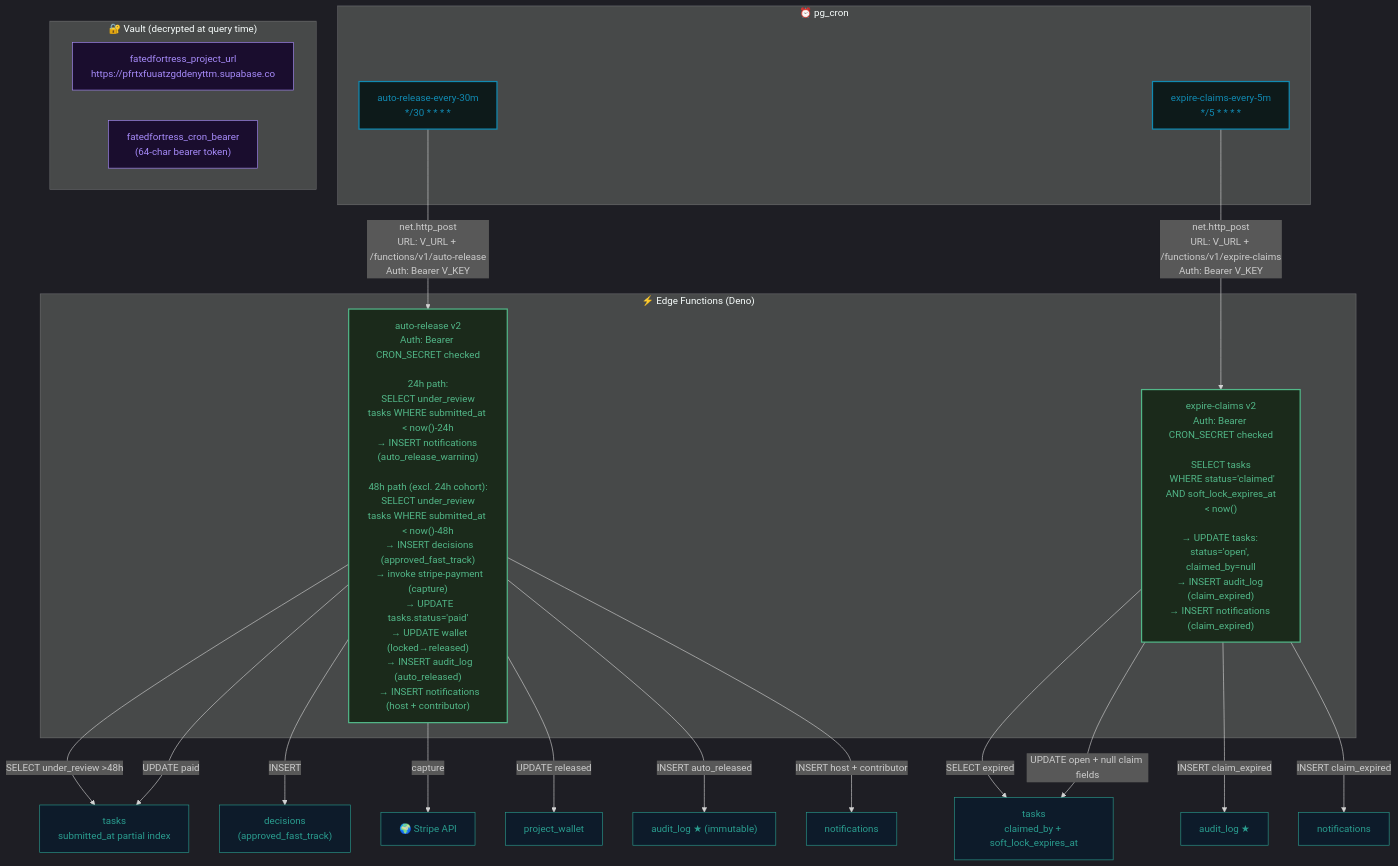
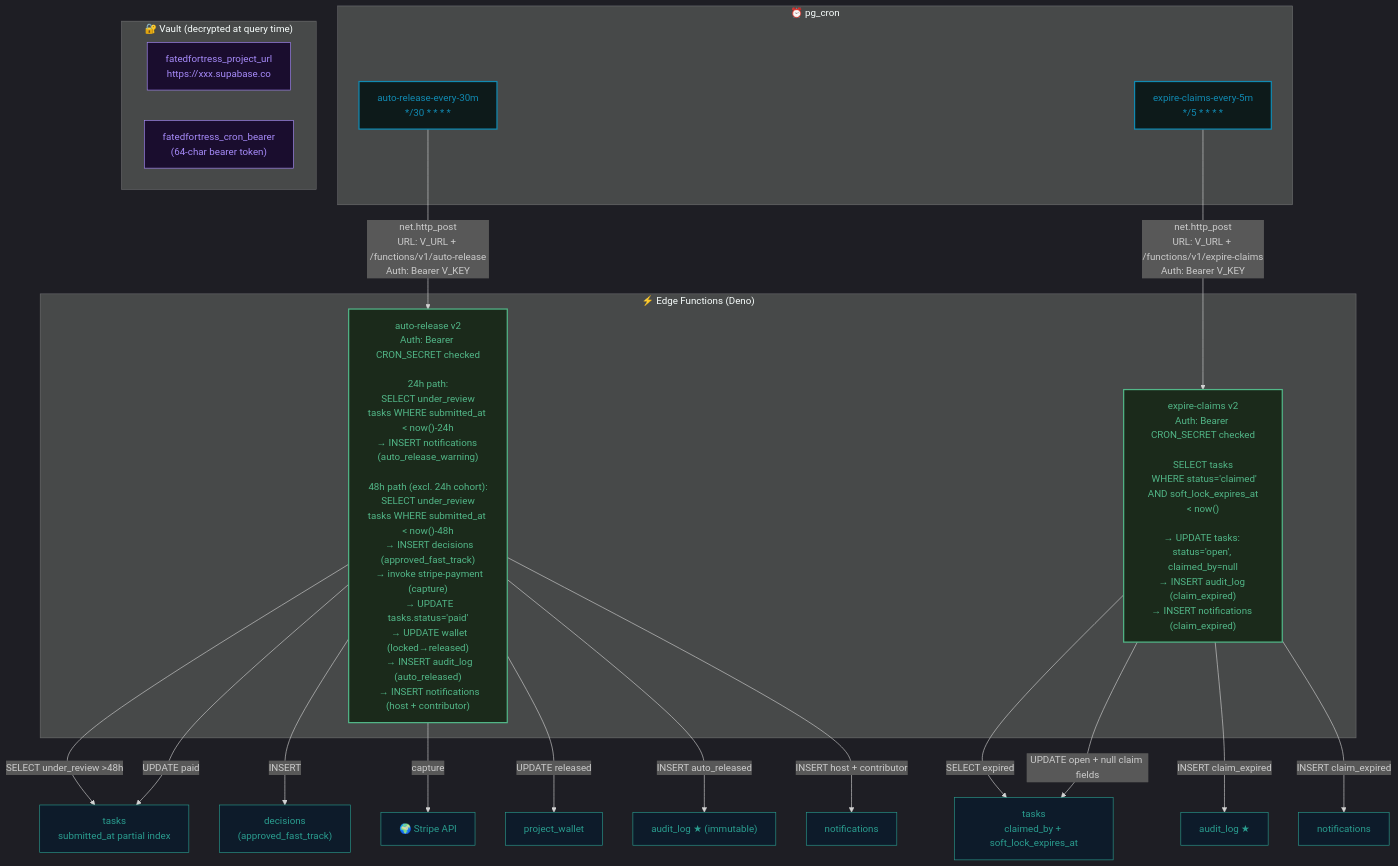
Before and after one commit to NeuralDraftLLC/fatedfortress: the fifth of 6 diagrams in diagrams/mermaid.md, drawn with Mermaid. The commit also changed other lines of this file and 94 other files, not shown here.

````diff
--- a/diagrams/mermaid.md
+++ b/diagrams/mermaid.md
@@ -357,40 +357,40 @@
 ```mermaid
 %%{init: {"theme": "dark", "fontFamily": "Geist Mono, monospace", "fontSize": 10}}%%
 graph TD
     classDef cron fill:#0d1a1a,stroke:#118ab2,stroke-width:2px,color:#118ab2
     classDef ef fill:#1b2a1b,stroke:#52b788,stroke-width:2px,color:#52b788
     classDef db fill:#0d1b2a,stroke:#2a9d8f,stroke-width:1px,color:#2a9d8f
     classDef secret fill:#1a0d2e,stroke:#a78bfa,stroke-width:1px,color:#a78bfa
 
     subgraph Cron["⏰ pg_cron"]
         C1["auto-release-every-30m<br/>*/30 * * * *"]:::cron
         C2["expire-claims-every-5m<br/>*/5 * * * *"]:::cron
     end
 
     subgraph Vault["🔐 Vault (decrypted at query time)"]
-        V_URL["fatedfortress_project_url<br/>https://pfrtxfuuatzgddenyttm.supabase.co"]:::secret
+        V_URL["fatedfortress_project_url<br/>https://xxx.supabase.co"]:::secret
         V_KEY["fatedfortress_cron_bearer<br/>(64-char bearer token)"]:::secret
     end
 
     subgraph Edge["⚡ Edge Functions (Deno)"]
         E1["auto-release v2<br/>Auth: Bearer CRON_SECRET checked<br/><br/>24h path:<br/> SELECT under_review tasks WHERE submitted_at < now()-24h<br/>→ INSERT notifications (auto_release_warning)<br/><br/>48h path (excl. 24h cohort):<br/> SELECT under_review tasks WHERE submitted_at < now()-48h<br/>  → INSERT decisions (approved_fast_track)<br/>  → invoke stripe-payment (capture)<br/>  → UPDATE tasks.status='paid'<br/>  → UPDATE wallet (locked→released)<br/>  → INSERT audit_log (auto_released)<br/>  → INSERT notifications (host + contributor)"]:::ef
 
         E2["expire-claims v2<br/>Auth: Bearer CRON_SECRET checked<br/><br/>SELECT tasks<br/> WHERE status='claimed'<br/> AND soft_lock_expires_at < now()<br/><br/>→ UPDATE tasks: status='open', claimed_by=null<br/>→ INSERT audit_log (claim_expired)<br/>→ INSERT notifications (claim_expired)"]:::ef
     end
 
     C1 -->|"net.http_post<br/>URL: V_URL + /functions/v1/auto-release<br/>Auth: Bearer V_KEY"| E1
     C2 -->|"net.http_post<br/>URL: V_URL + /functions/v1/expire-claims<br/>Auth: Bearer V_KEY"| E2
 
     E1 -->|"SELECT under_review >48h"| TSK["tasks<br/>submitted_at partial index"]:::db
     E1 -->|"INSERT"| DEC["decisions<br/>(approved_fast_track)"]:::db
     E1 -->|"capture"| STRIPE["🌍 Stripe API"]:::db
     E1 -->|"UPDATE paid"| TSK
     E1 -->|"UPDATE released"| WAL["project_wallet"]:::db
     E1 -->|"INSERT auto_released"| AUD["audit_log ★ (immutable)"]:::db
     E1 -->|"INSERT host + contributor"| NF["notifications"]:::db
 
     E2 -->|"SELECT expired"| TSK2["tasks<br/>claimed_by + soft_lock_expires_at"]:::db
     E2 -->|"UPDATE open + null claim fields"| TSK2
     E2 -->|"INSERT claim_expired"| AUD2["audit_log ★"]:::db
     E2 -->|"INSERT claim_expired"| NF2["notifications"]:::db
 ```
````
